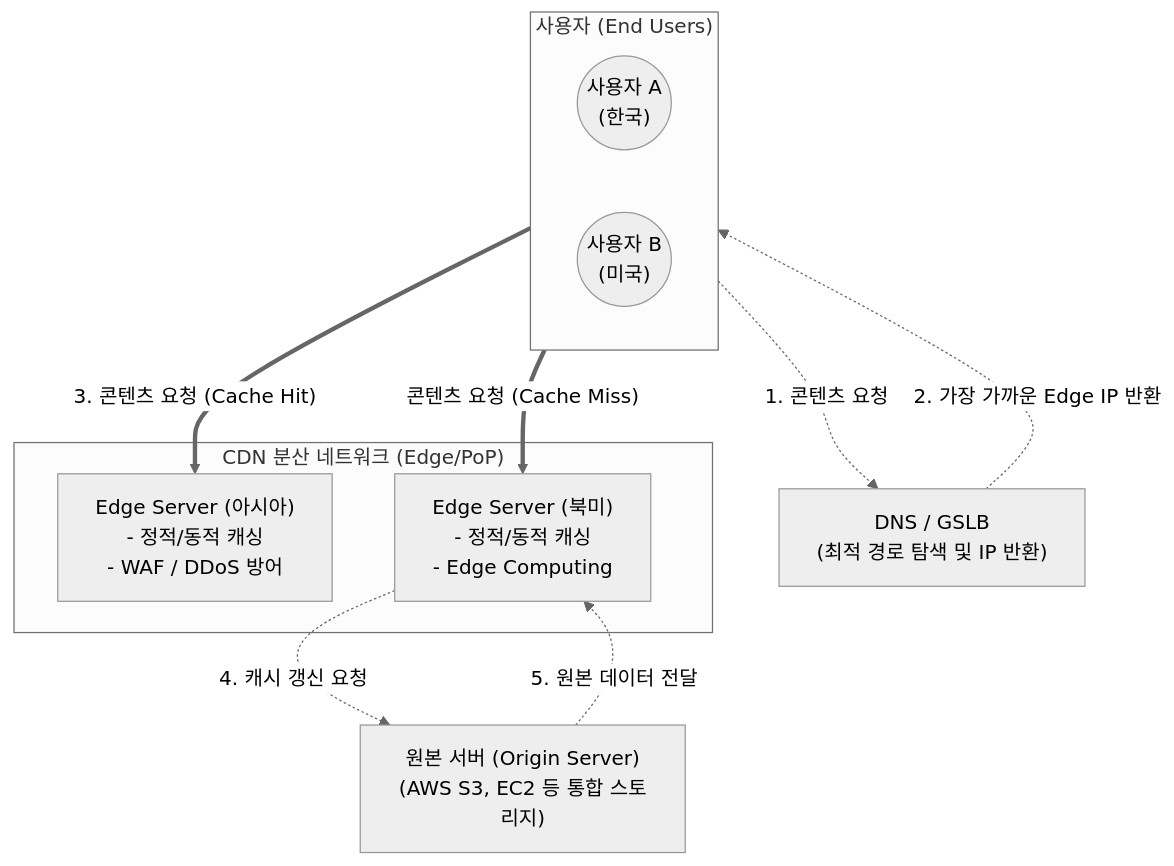
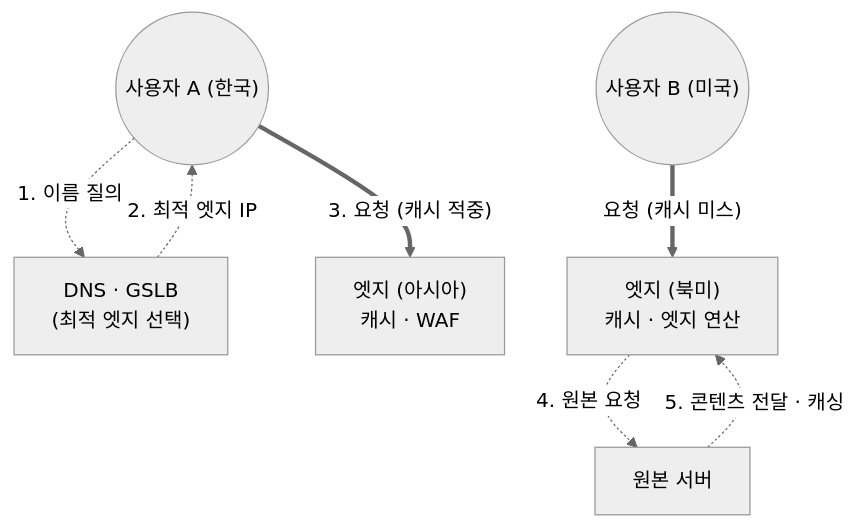
The diagram in content/01_IT Tech/CDN.md (supremethumb/supremethumb.github.io), drawn with Mermaid (neutral theme) before and after one commit. The commit also changed other lines of this file and 1087 other files, not shown here.

````diff
--- a/content/01_IT Tech/CDN.md
+++ b/content/01_IT Tech/CDN.md
@@ -29,27 +36,15 @@
 ```mermaid
 flowchart TB
-    subgraph Users["사용자 (End Users)"]
-        direction LR
-        U1(("사용자 A<br/>(한국)"))
-        U2(("사용자 B<br/>(미국)"))
-    end
-
-    DNS["DNS / GSLB<br/>(최적 경로 탐색 및 IP 반환)"]
-
-    subgraph CDN_Network["CDN 분산 네트워크 (Edge/PoP)"]
-        Edge1["Edge Server (아시아)<br/>- 정적/동적 캐싱<br/>- WAF / DDoS 방어"]
-        Edge2["Edge Server (북미)<br/>- 정적/동적 캐싱<br/>- Edge Computing"]
-    end
-
-    Origin["원본 서버 (Origin Server)<br/>(AWS S3, EC2 등 통합 스토리지)"]
-
-    U1 -. "1. 콘텐츠 요청" .-> DNS
-    DNS -. "2. 가장 가까운 Edge IP 반환" .-> U1
-    U1 == "3. 콘텐츠 요청 (Cache Hit)" ==> Edge1
-    
-    U2 == "콘텐츠 요청 (Cache Miss)" ==> Edge2
-    Edge2 -. "4. 캐시 갱신 요청" .-> Origin
-    Origin -. "5. 원본 데이터 전달" .-> Edge2
-
-
+    U1(("사용자 A (한국)"))
+    U2(("사용자 B (미국)"))
+    DNS["DNS · GSLB<br/>(최적 엣지 선택)"]
+    E1["엣지 (아시아)<br/>캐시 · WAF"]
+    E2["엣지 (북미)<br/>캐시 · 엣지 연산"]
+    O["원본 서버"]
+    U1 -. "1. 이름 질의" .-> DNS
+    DNS -. "2. 최적 엣지 IP" .-> U1
+    U1 == "3. 요청 (캐시 적중)" ==> E1
+    U2 == "요청 (캐시 미스)" ==> E2
+    E2 -. "4. 원본 요청" .-> O
+    O -. "5. 콘텐츠 전달 · 캐싱" .-> E2
 ```
````
